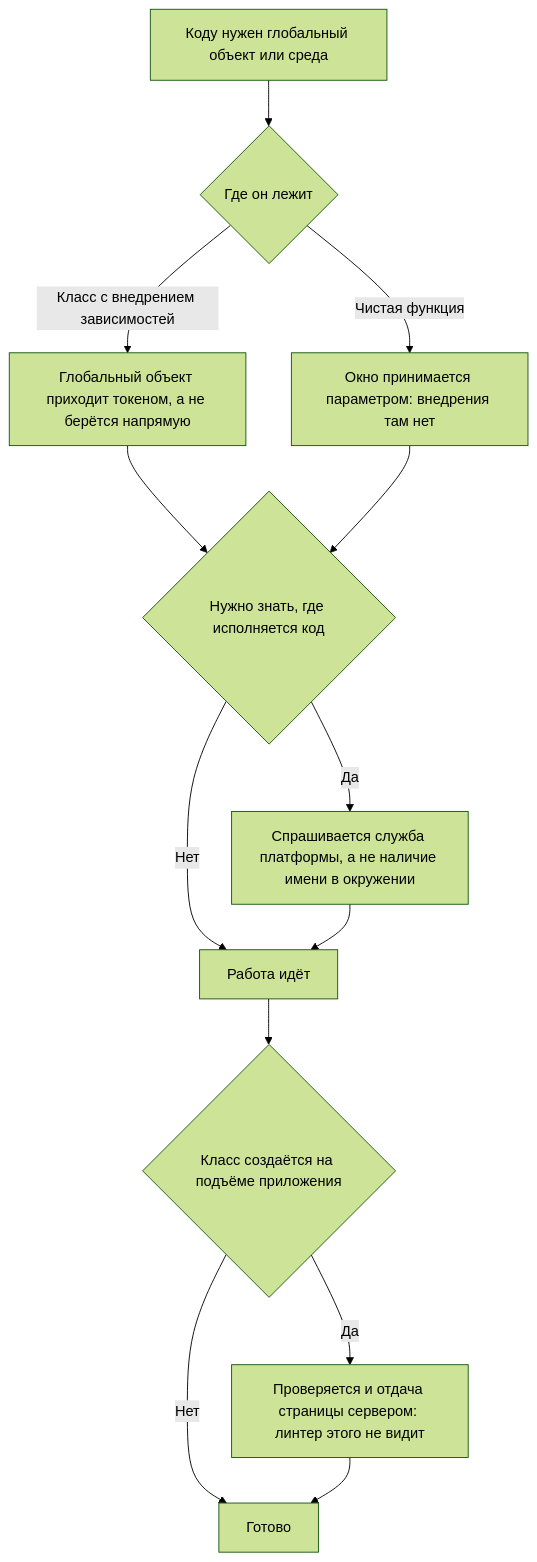
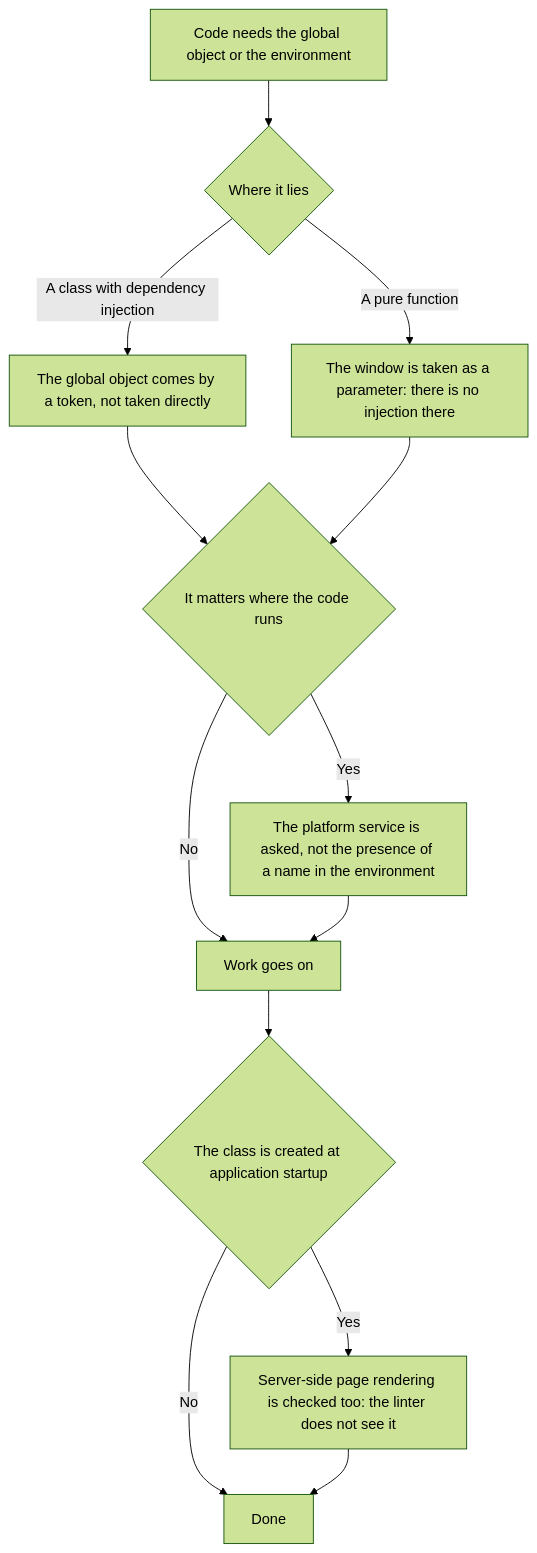
One commit to Eyhenij/rt-tools changed the diagram in .claude/skills/platform-access/SKILL.md. Above: the diagram before and after it, drawn with Mermaid (forest theme). The commit also changed other lines of this file and 33 other files, not shown here.

````diff
--- a/.claude/skills/platform-access/SKILL.md
+++ b/.claude/skills/platform-access/SKILL.md
@@ -43,15 +43,15 @@
 ```mermaid
 flowchart TD
-    A[Коду нужен глобальный объект или среда] --> B{Где он лежит}
-    B -->|Класс с внедрением зависимостей| C[Глобальный объект приходит токеном, а не берётся напрямую]
-    B -->|Чистая функция| D[Окно принимается параметром: внедрения там нет]
-    C --> E{Нужно знать, где исполняется код}
+    A[Code needs the global object or the environment] --> B{Where it lies}
+    B -->|A class with dependency injection| C[The global object comes by a token, not taken directly]
+    B -->|A pure function| D[The window is taken as a parameter: there is no injection there]
+    C --> E{It matters where the code runs}
     D --> E
-    E -->|Да| F[Спрашивается служба платформы, а не наличие имени в окружении]
-    E -->|Нет| G[Работа идёт]
+    E -->|Yes| F[The platform service is asked, not the presence of a name in the environment]
+    E -->|No| G[Work goes on]
     F --> G
-    G --> H{Класс создаётся на подъёме приложения}
-    H -->|Да| I[Проверяется и отдача страницы сервером: линтер этого не видит]
-    H -->|Нет| J[Готово]
+    G --> H{The class is created at application startup}
+    H -->|Yes| I[Server-side page rendering is checked too: the linter does not see it]
+    H -->|No| J[Done]
     I --> J
 ```
````
